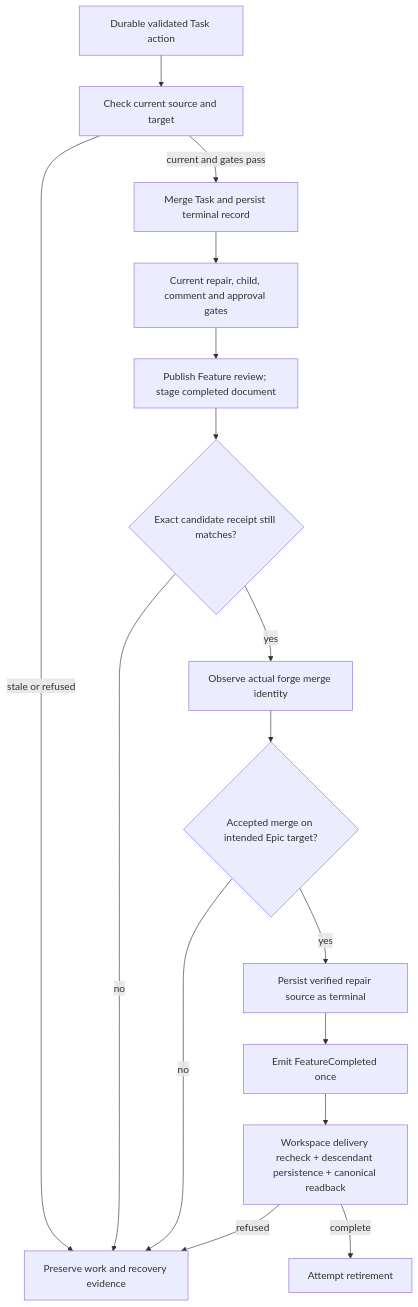
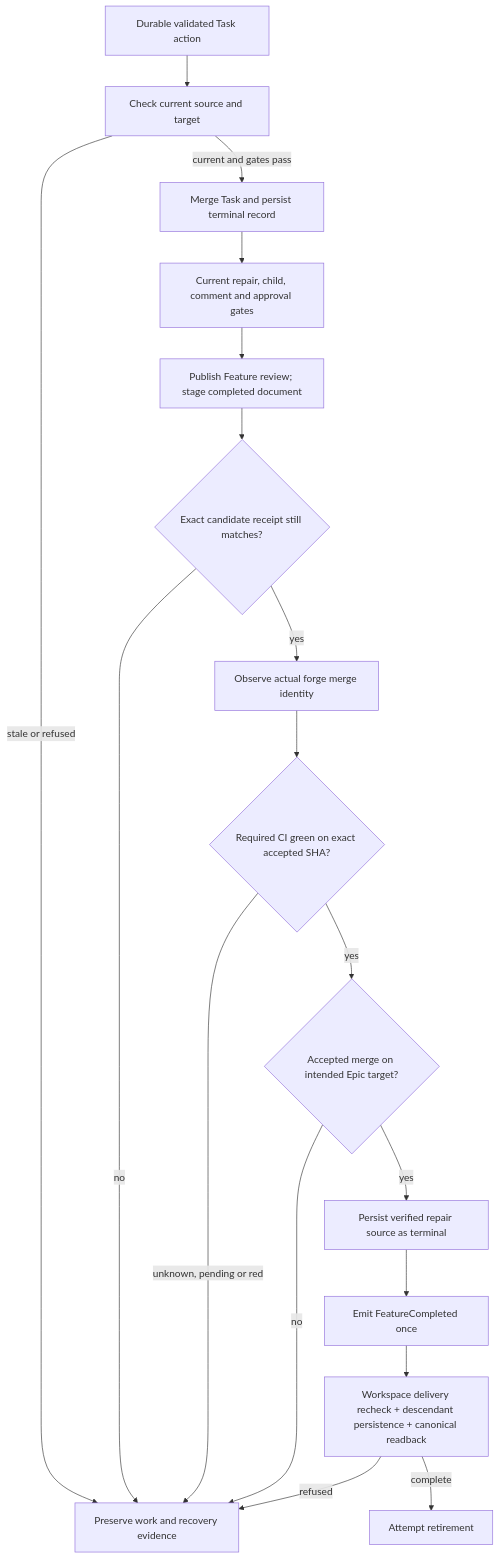
One commit to vincentc-b/CascadeCode changed the first of 2 diagrams in cascade/boss/DESIGN.md. Above: the diagram before and after it, drawn with Mermaid. The commit also changed other lines of this file and 8 other files, not shown here.

First line of the commit message:
task/task_054_003_001: Verify exact accepted merge CI and persist independent evidence

````diff
--- a/cascade/boss/DESIGN.md
+++ b/cascade/boss/DESIGN.md
@@ -101,18 +102,20 @@
 ```mermaid
 flowchart TD
     Queue[Durable validated Task action] --> Pair[Check current source and target]
     Pair -->|current and gates pass| Merge[Merge Task and persist terminal record]
     Pair -->|stale or refused| Preserve[Preserve work and recovery evidence]
     Merge --> Rollup[Current repair, child, comment and approval gates]
     Rollup --> Review[Publish Feature review; stage completed document]
     Review --> Receipt{Exact candidate receipt still matches?}
     Receipt -->|no| Preserve
     Receipt -->|yes| Accept[Observe actual forge merge identity]
-    Accept --> Target{Accepted merge on intended Epic target?}
+    Accept --> MergeCI{Required CI green on exact accepted SHA?}
+    MergeCI -->|unknown, pending or red| Preserve
+    MergeCI -->|yes| Target{Accepted merge on intended Epic target?}
     Target -->|no| Preserve
     Target -->|yes| Source[Persist verified repair source as terminal]
     Source --> Event[Emit FeatureCompleted once]
     Event --> Proof[Workspace delivery recheck + descendant persistence + canonical readback]
     Proof -->|complete| Close[Attempt retirement]
     Proof -->|refused| Preserve
 ```
````
